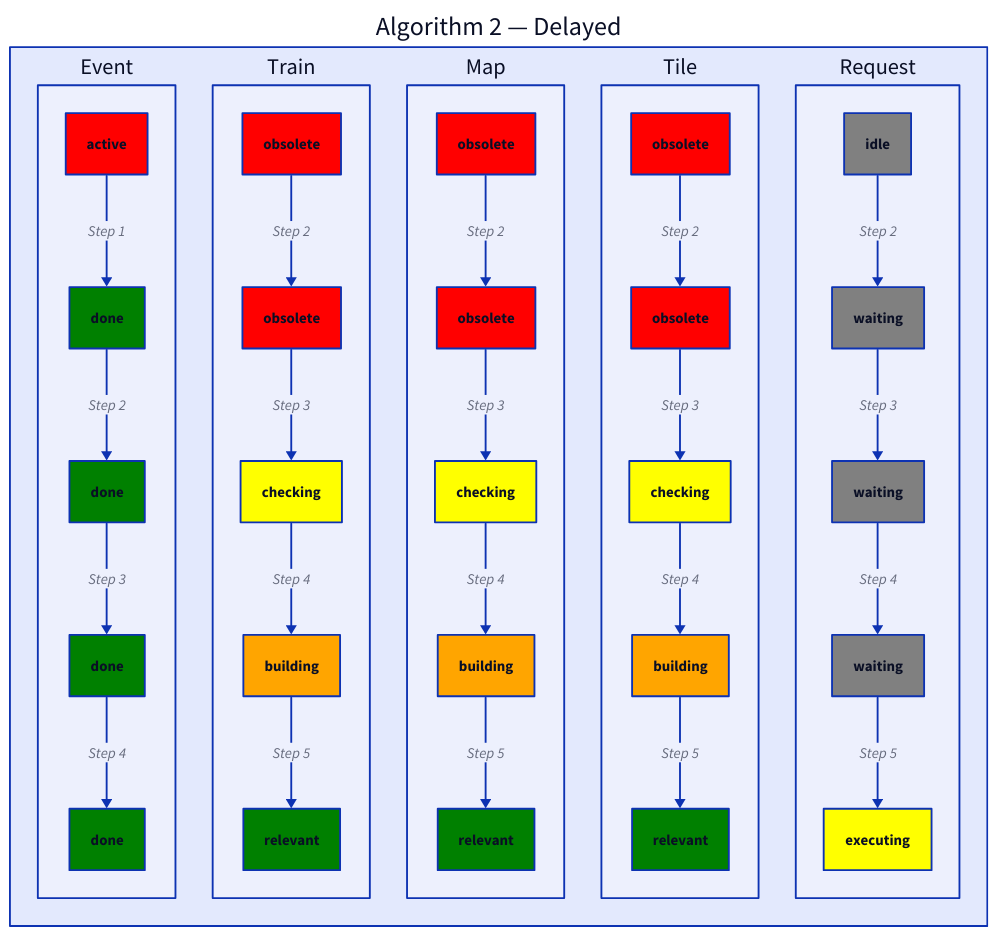
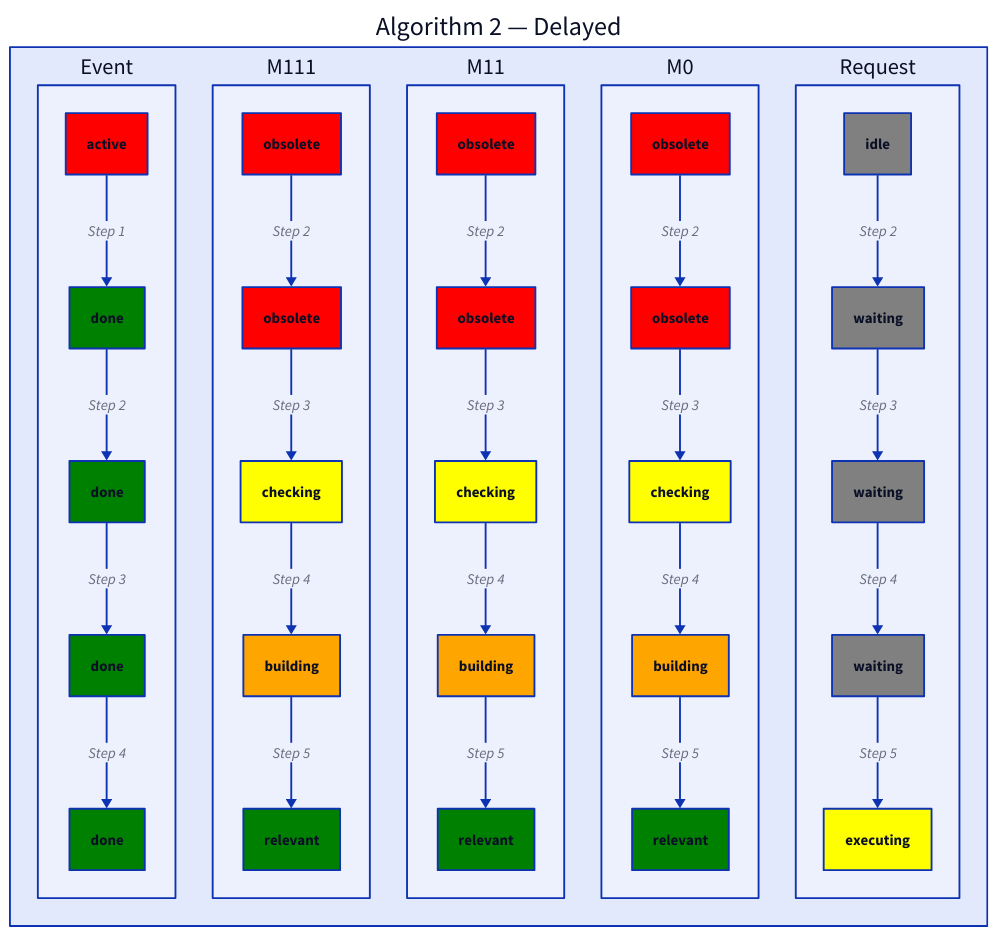
The diagram in d2/algo2.d2 (Gizzatovamir/Digital_twin_modeling), drawn with D2 before and after one commit. The commit also changed 4 other files, not shown here.

```diff
--- a/d2/algo2.d2
+++ b/d2/algo2.d2
@@ -1,68 +1,74 @@
 A2: {
   label: "Algorithm 2 — Delayed"
 
   Event: {
     s1: "active" { style.fill: red }
     s2: "done" { style.fill: green }
     s3: "done" { style.fill: green }
     s4: "done" { style.fill: green }
     s5: "done" { style.fill: green }
 
     s1 -> s2: "Step 1"
     s2 -> s3: "Step 2"
     s3 -> s4: "Step 3"
     s4 -> s5: "Step 4"
   }
 
   Train: {
+    label: M111
+
     s1: "obsolete" { style.fill: red }
     s2: "obsolete" { style.fill: red }
     s3: "checking" { style.fill: yellow }
     s4: "building" { style.fill: orange }
     s5: "relevant" { style.fill: green }
 
     s1 -> s2: "Step 2"
     s2 -> s3: "Step 3"
     s3 -> s4: "Step 4"
     s4 -> s5: "Step 5"
   }
 
   Map: {
+    label: M11
+
     s1: "obsolete" { style.fill: red }
     s2: "obsolete" { style.fill: red }
     s3: "checking" { style.fill: yellow }
     s4: "building" { style.fill: orange }
     s5: "relevant" { style.fill: green }
 
     s1 -> s2: "Step 2"
     s2 -> s3: "Step 3"
     s3 -> s4: "Step 4"
     s4 -> s5: "Step 5"
   }
 
   Tile: {
+    label: M0
+
     s1: "obsolete" { style.fill: red }
     s2: "obsolete" { style.fill: red }
     s3: "checking" { style.fill: yellow }
     s4: "building" { style.fill: orange }
     s5: "relevant" { style.fill: green }
 
     s1 -> s2: "Step 2"
     s2 -> s3: "Step 3"
     s3 -> s4: "Step 4"
     s4 -> s5: "Step 5"
   }
 
   Request: {
     s1: "idle" { style.fill: gray }
     s2: "waiting" { style.fill: gray }
     s3: "waiting" { style.fill: gray }
     s4: "waiting" { style.fill: gray }
     s5: "executing" { style.fill: yellow }
 
     s1 -> s2: "Step 2"
     s2 -> s3: "Step 3"
     s3 -> s4: "Step 4"
     s4 -> s5: "Step 5"
   }
 }
```
